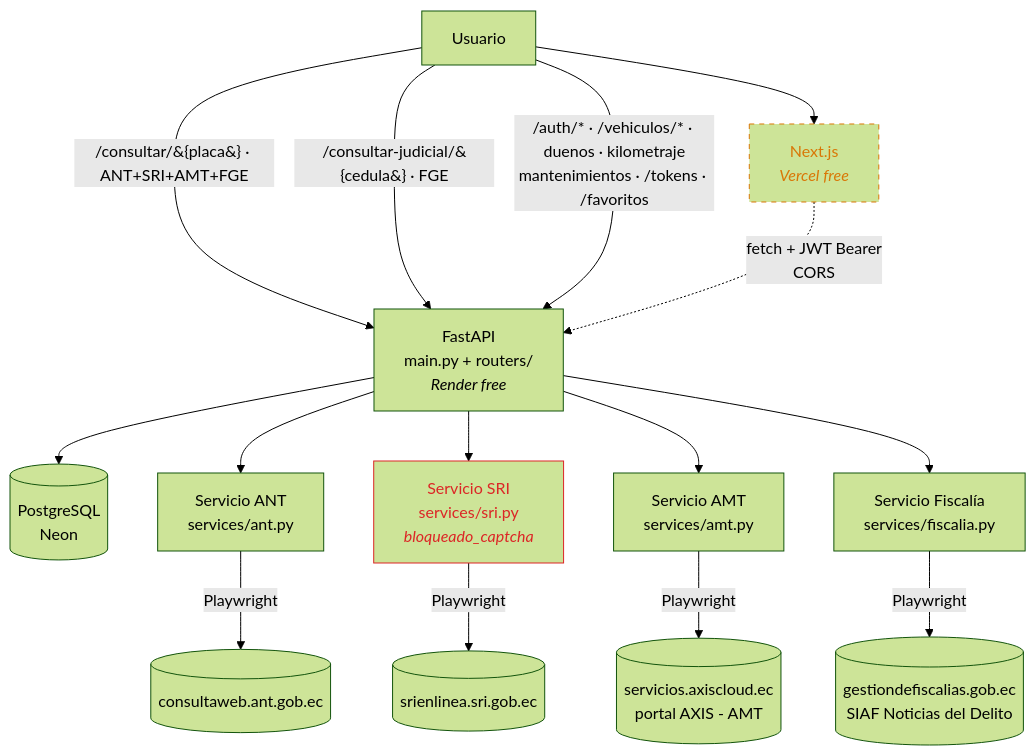
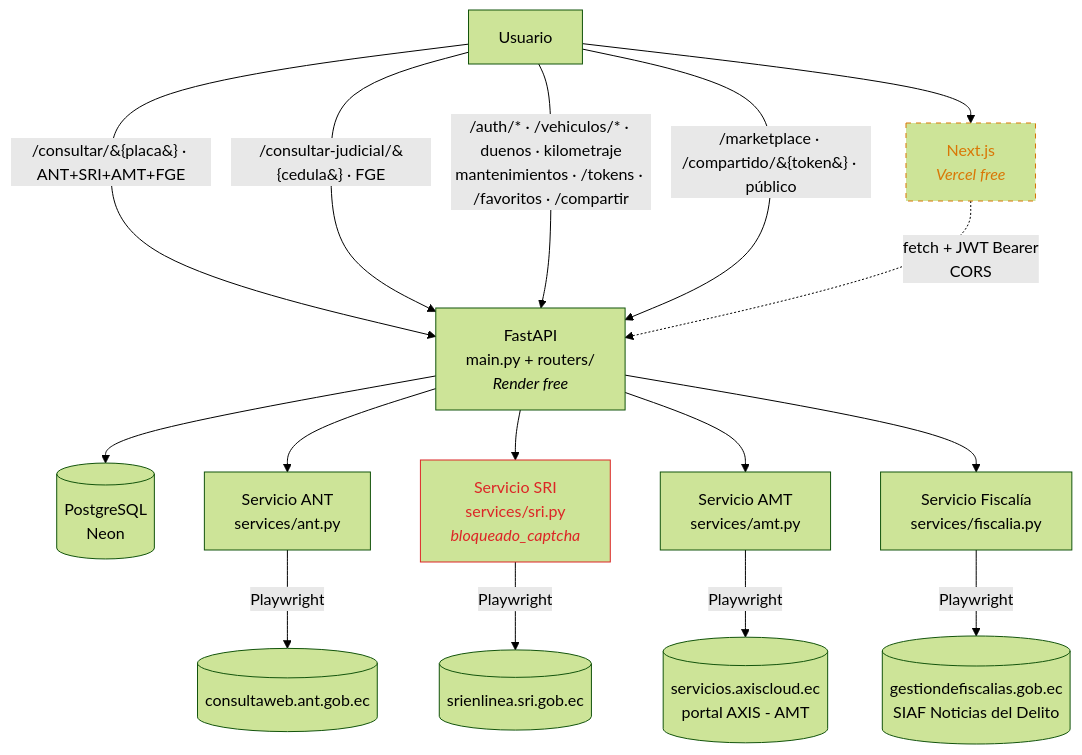
The first of 5 diagrams in docs/arquitectura.md (VMarcosGC/consulta-placas-ec), drawn with Mermaid (forest theme) before and after one commit. The commit also changed other lines of this file and 1 other file, not shown here.

First line of the commit message:
docs: cerrar Fase 4 en CLAUDE.md y actualizar diagramas

````diff
--- a/docs/arquitectura.md
+++ b/docs/arquitectura.md
@@ -13,38 +13,39 @@
 ```mermaid
 graph TD
     Usuario[Usuario]
     Web[Next.js<br/><i>Vercel free</i>]:::wip
 
     API[FastAPI<br/>main.py + routers/<br/><i>Render free</i>]
     Cache[(PostgreSQL<br/>Neon)]
     ANT[Servicio ANT<br/>services/ant.py]
     SRI[Servicio SRI<br/>services/sri.py<br/><i>bloqueado_captcha</i>]:::limitado
     AMT[Servicio AMT<br/>services/amt.py]
     FGE[Servicio Fiscalía<br/>services/fiscalia.py]
 
     ANTWeb[(consultaweb.ant.gob.ec)]
     SRIWeb[(srienlinea.sri.gob.ec)]
     AMTWeb[(servicios.axiscloud.ec<br/>portal AXIS - AMT)]
     FGEWeb[(gestiondefiscalias.gob.ec<br/>SIAF Noticias del Delito)]
 
     Usuario --> Web
     Usuario -->|/consultar/&#123;placa&#125; · ANT+SRI+AMT+FGE| API
     Usuario -->|/consultar-judicial/&#123;cedula&#125; · FGE| API
-    Usuario -->|/auth/* · /vehiculos/* · duenos · kilometraje<br/>mantenimientos · /tokens · /favoritos| API
+    Usuario -->|/auth/* · /vehiculos/* · duenos · kilometraje<br/>mantenimientos · /tokens · /favoritos · /compartir| API
+    Usuario -->|/marketplace · /compartido/&#123;token&#125; · público| API
     Web -.->|fetch + JWT Bearer<br/>CORS| API
 
     API --> Cache
     API --> ANT
     API --> SRI
     API --> AMT
     API --> FGE
 
     ANT -->|Playwright| ANTWeb
     SRI -->|Playwright| SRIWeb
     AMT -->|Playwright| AMTWeb
     FGE -->|Playwright| FGEWeb
 
     classDef futuro stroke-dasharray: 5 5, stroke:#888;
     classDef wip stroke-dasharray: 5 5, stroke:#d97706, color:#d97706;
     classDef limitado stroke:#dc2626, color:#dc2626;
 ```
````
